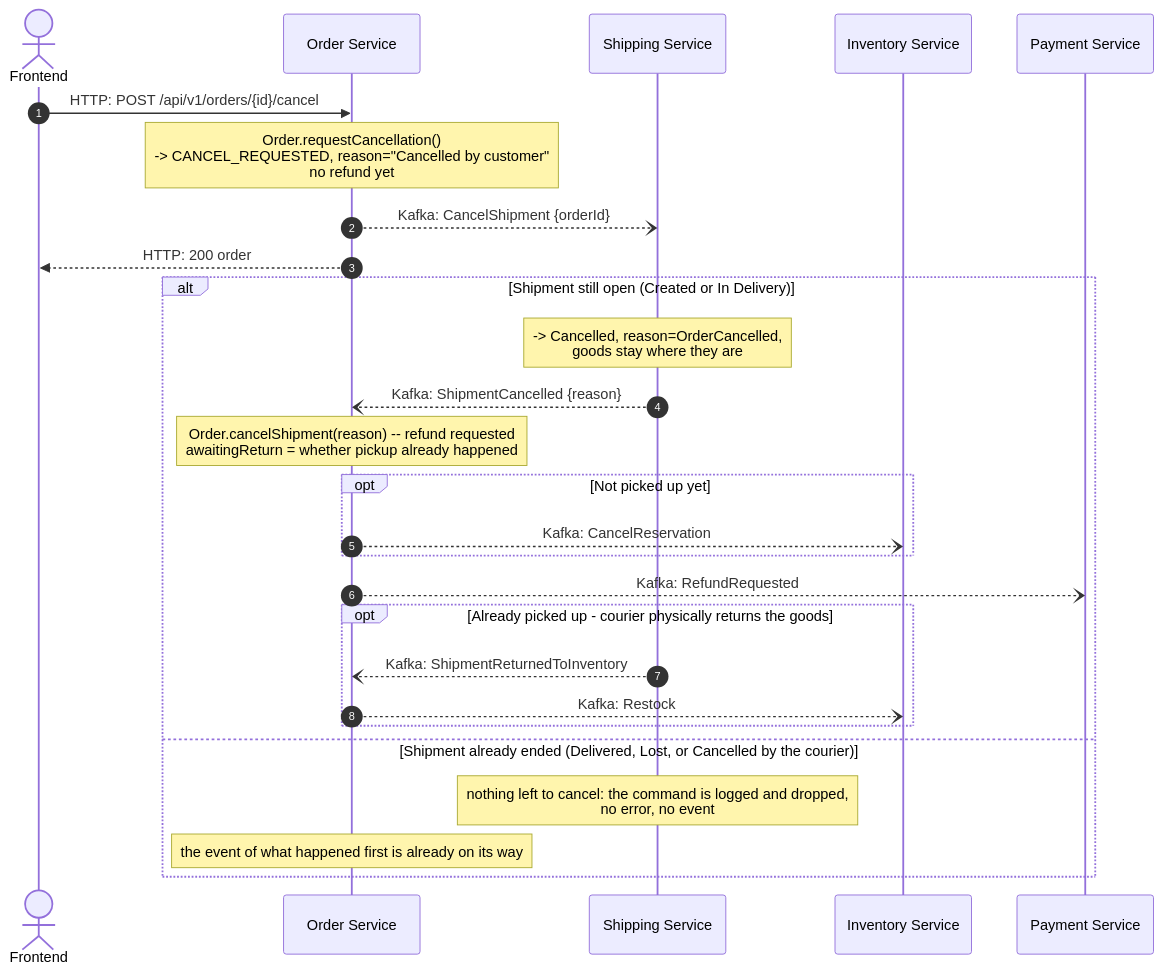
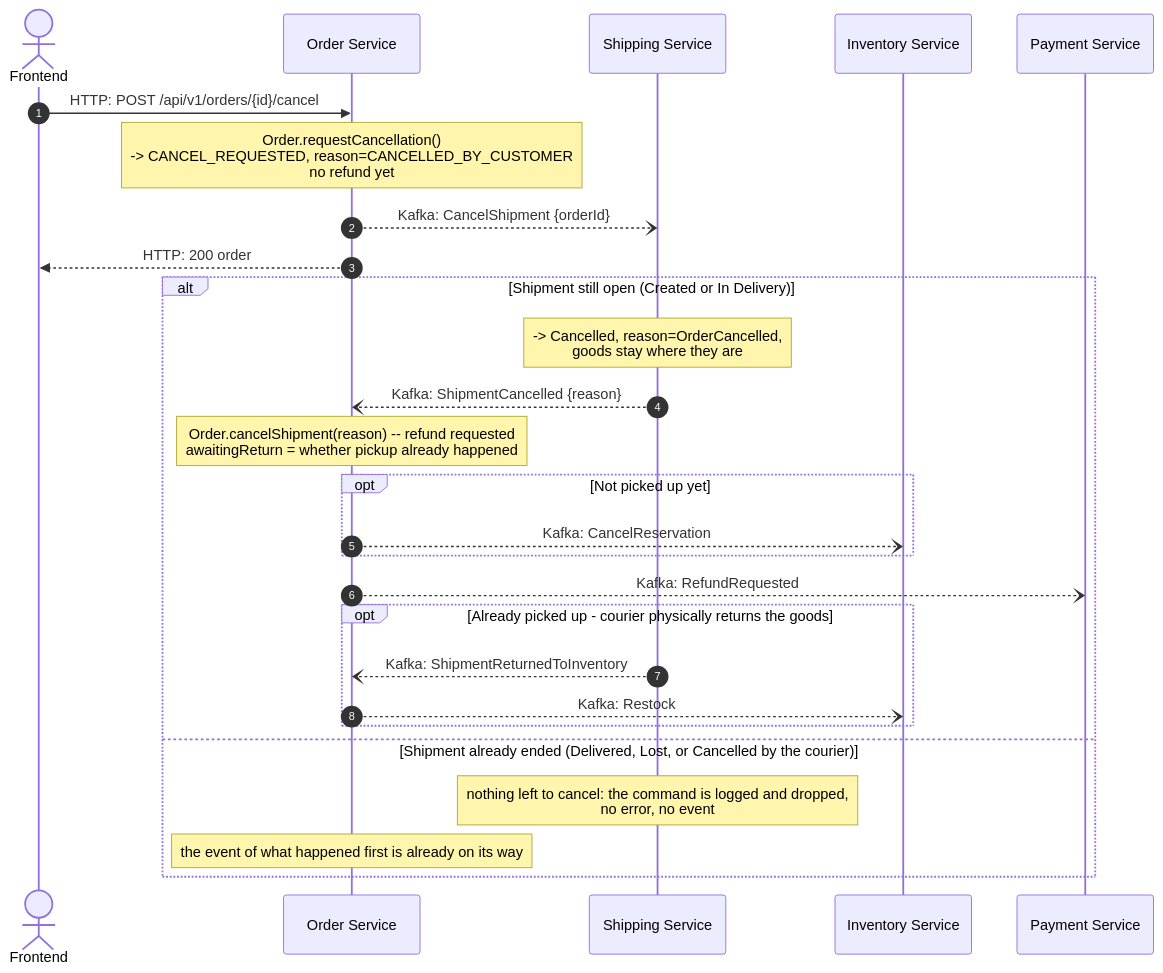
Before and after one commit to ihorhartmann/E-commerce-App: the fifth of 6 diagrams in docs/order_saga.md, drawn with Mermaid. The commit also changed other lines of this file and 8 other files, not shown here.

````diff
--- a/docs/order_saga.md
+++ b/docs/order_saga.md
@@ -245,31 +259,31 @@
 ```mermaid
 sequenceDiagram
     autonumber
     actor U as Frontend
     participant O as Order Service
     participant Sh as Shipping Service
     participant I as Inventory Service
     participant P as Payment Service
 
     U->>O: HTTP: POST /api/v1/orders/{id}/cancel
-    Note over O: Order.requestCancellation()<br/>-> CANCEL_REQUESTED, reason="Cancelled by customer"<br/>no refund yet
+    Note over O: Order.requestCancellation()<br/>-> CANCEL_REQUESTED, reason=CANCELLED_BY_CUSTOMER<br/>no refund yet
     O--)Sh: Kafka: CancelShipment {orderId}
     O-->>U: HTTP: 200 order
 
     alt Shipment still open (Created or In Delivery)
         Note over Sh: -> Cancelled, reason=OrderCancelled,<br/>goods stay where they are
         Sh--)O: Kafka: ShipmentCancelled {reason}
         Note over O: Order.cancelShipment(reason) -- refund requested<br/>awaitingReturn = whether pickup already happened
         opt Not picked up yet
             O--)I: Kafka: CancelReservation
         end
         O--)P: Kafka: RefundRequested
         opt Already picked up - courier physically returns the goods
             Sh--)O: Kafka: ShipmentReturnedToInventory
             O--)I: Kafka: Restock
         end
     else Shipment already ended (Delivered, Lost, or Cancelled by the courier)
         Note over Sh: nothing left to cancel: the command is logged and dropped,<br/>no error, no event
         Note over O: the event of what happened first is already on its way
     end
 ```
````
